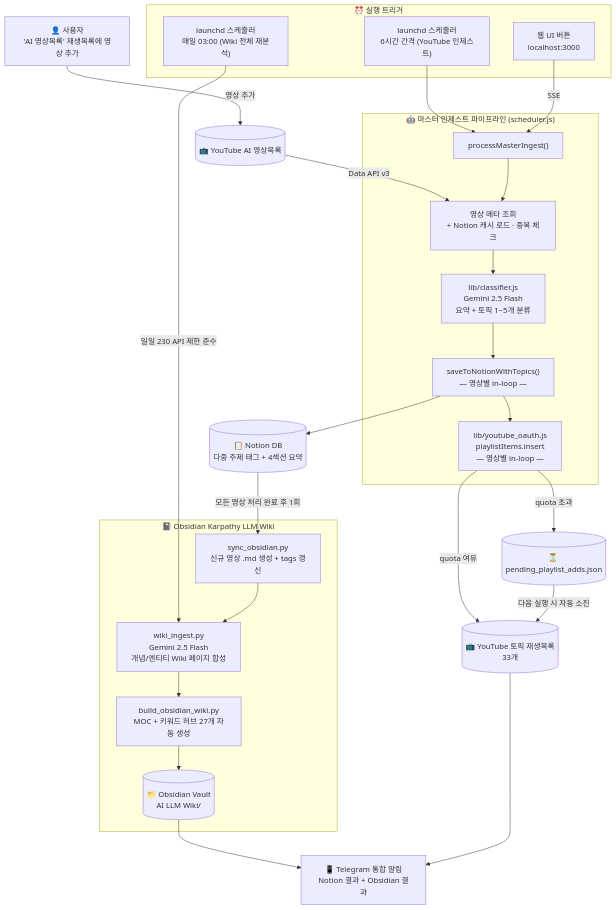
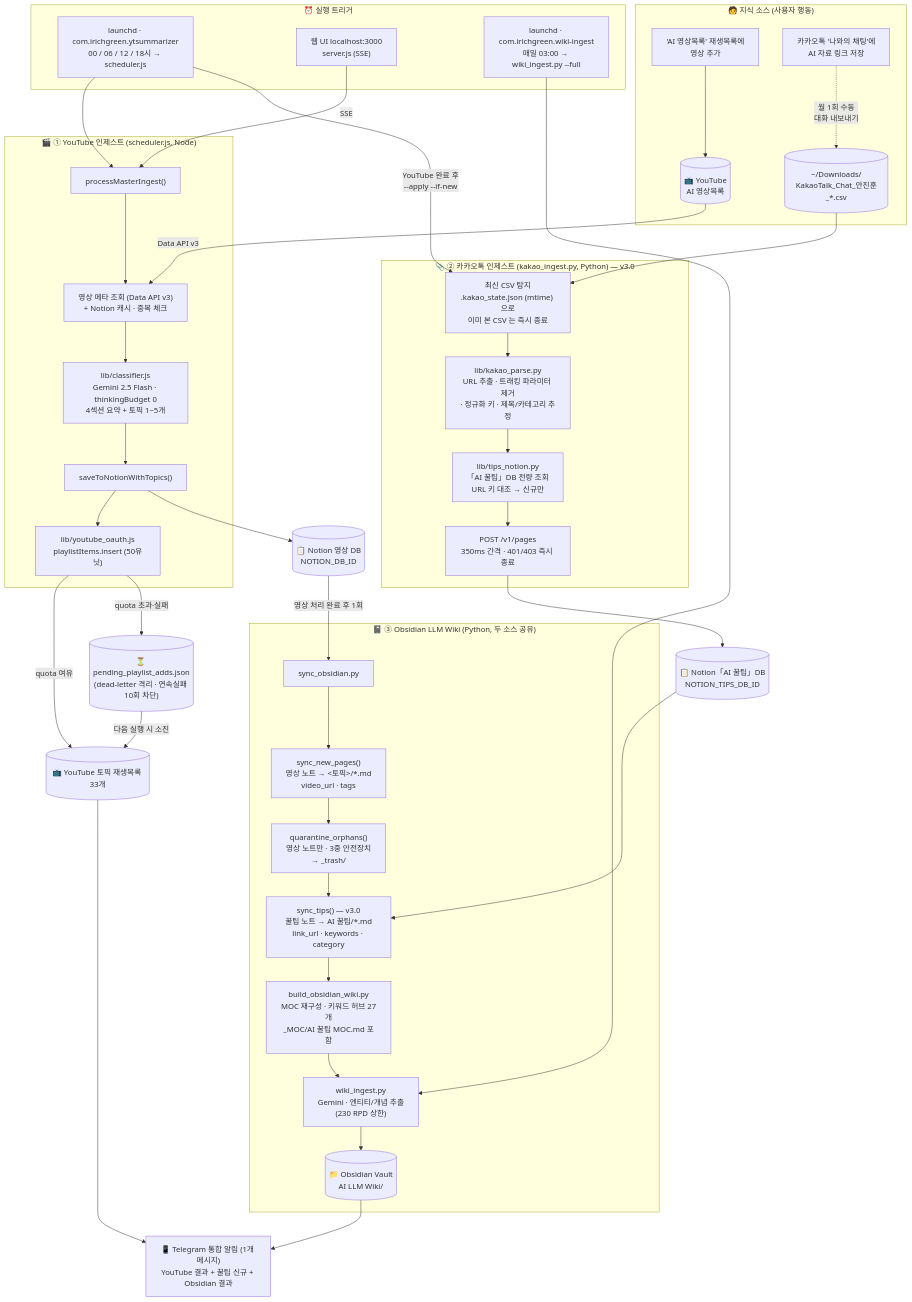
One commit to iRG-AI/YouTube_Notion_Grab changed the diagram in README.md. Above: the diagram before and after it, drawn with Mermaid. The commit also changed other lines of this file and 10 other files, not shown here.

First line of the commit message:
v3.0: 카카오톡 → Notion「AI 꿀팁」→ Obsidian 통합, scheduler 훅

````diff
--- a/README.md
+++ b/README.md
@@ -32,47 +39,61 @@
 ```mermaid
 flowchart TD
-    USER["👤 사용자\n'AI 영상목록' 재생목록에 영상 추가"]
-    MASTER[("📺 YouTube AI 영상목록")]
-    USER -->|영상 추가| MASTER
+    subgraph SRC["🧑 지식 소스 (사용자 행동)"]
+        U1["'AI 영상목록' 재생목록에\n영상 추가"]
+        U2["카카오톡 '나와의 채팅'에\nAI 자료 링크 저장"]
+        U2 -.->|"월 1회 수동\n대화 내보내기"| CSV[("~/Downloads/\nKakaoTalk_Chat_안진훈_*.csv")]
+        U1 --> MASTER[("📺 YouTube\nAI 영상목록")]
+    end
 
     subgraph TRIGGER["⏰ 실행 트리거"]
-        SCHED["launchd 스케줄러\n6시간 간격 (YouTube 인제스트)"]
-        WEBUI["웹 UI 버튼\nlocalhost:3000"]
-        WIKI_SCHED["launchd 스케줄러\n매일 03:00 (Wiki 전체 재분석)"]
+        SCHED["launchd · com.irichgreen.ytsummarizer\n00 / 06 / 12 / 18시 → scheduler.js"]
+        WEBUI["웹 UI localhost:3000\nserver.js (SSE)"]
+        WIKI_SCHED["launchd · com.irichgreen.wiki-ingest\n매일 03:00 → wiki_ingest.py --full"]
     end
 
     SCHED --> ENTRY
     WEBUI -->|SSE| ENTRY
+
+    subgraph YT["🎬 ① YouTube 인제스트 (scheduler.js, Node)"]
+        ENTRY["processMasterIngest()"]
+        FETCH["영상 메타 조회 (Data API v3)\n+ Notion 캐시 · 중복 체크"]
+        GEMINI["lib/classifier.js\nGemini 2.5 Flash · thinkingBudget 0\n4섹션 요약 + 토픽 1~5개"]
+        NSAVE["saveToNotionWithTopics()"]
+        YSAVE["lib/youtube_oauth.js\nplaylistItems.insert (50유닛)"]
+        ENTRY --> FETCH --> GEMINI --> NSAVE --> YSAVE
+    end
     MASTER -->|Data API v3| FETCH
 
-    subgraph PIPELINE["🤖 마스터 인제스트 파이프라인 (scheduler.js)"]
-        ENTRY["processMasterIngest()"]
-        FETCH["영상 메타 조회\n+ Notion 캐시 로드 · 중복 체크"]
-        GEMINI["lib/classifier.js\nGemini 2.5 Flash\n요약 + 토픽 1~5개 분류"]
-        NSAVE["saveToNotionWithTopics()\n— 영상별 in-loop —"]
-        YSAVE["lib/youtube_oauth.js\nplaylistItems.insert\n— 영상별 in-loop —"]
-        ENTRY --> FETCH --> GEMINI --> NSAVE --> YSAVE
+    subgraph KK["📎 ② 카카오톡 인제스트 (kakao_ingest.py, Python) — v3.0"]
+        KFIND["최신 CSV 탐지\n.kakao_state.json (mtime) 으로\n이미 본 CSV 는 즉시 종료"]
+        KPARSE["lib/kakao_parse.py\nURL 추출 · 트래킹 파라미터 제거\n· 정규화 키 · 제목/카테고리 추정"]
+        KDEDUP["lib/tips_notion.py\n「AI 꿀팁」DB 전량 조회\nURL 키 대조 → 신규만"]
+        KPUSH["POST /v1/pages\n350ms 간격 · 401/403 즉시 종료"]
+        KFIND --> KPARSE --> KDEDUP --> KPUSH
     end
+    CSV --> KFIND
+    SCHED -->|"YouTube 완료 후\n--apply --if-new"| KFIND
 
-    NSAVE --> NOTION[("📋 Notion DB\n다중 주제 태그 + 4섹션 요약")]
-    YSAVE -->|"quota 여유"| YT_PL[("📺 YouTube 토픽 재생목록\n33개")]
-    YSAVE -->|"quota 초과"| PENDING[("⏳ pending_playlist_adds.json")]
-    PENDING -->|"다음 실행 시 자동 소진"| YT_PL
+    NSAVE --> NOTION_V[("📋 Notion 영상 DB\nNOTION_DB_ID")]
+    KPUSH --> NOTION_T[("📋 Notion「AI 꿀팁」DB\nNOTION_TIPS_DB_ID")]
+    YSAVE -->|"quota 여유"| YT_PL[("📺 YouTube 토픽 재생목록 33개")]
+    YSAVE -->|"quota 초과·실패"| PENDING[("⏳ pending_playlist_adds.json\n(dead-letter 격리 · 연속실패 10회 차단)")]
+    PENDING -->|"다음 실행 시 소진"| YT_PL
 
-    NOTION -->|"모든 영상 처리 완료 후 1회"| SYNC
-    WIKI_SCHED -->|"일일 230 API 제한 준수"| WIKI_INGEST
+    subgraph OBS["📓 ③ Obsidian LLM Wiki (Python, 두 소스 공유)"]
+        SYNC["sync_obsidian.py"]
+        SYNC_V["sync_new_pages()\n영상 노트 → <토픽>/*.md\nvideo_url · tags"]
+        SYNC_T["sync_tips() — v3.0\n꿀팁 노트 → AI 꿀팁/*.md\nlink_url · keywords · category"]
+        ORPHAN["quarantine_orphans()\n영상 노트만 · 3중 안전장치\n→ _trash/"]
+        WIKI_INGEST["wiki_ingest.py\nGemini · 엔티티/개념 추출\n(230 RPD 상한)"]
+        BUILD["build_obsidian_wiki.py\nMOC 재구성 · 키워드 허브 27개\n_MOC/AI 꿀팁 MOC.md 포함"]
+        VAULT[("📁 Obsidian Vault\nAI LLM Wiki/")]
+        SYNC --> SYNC_V --> ORPHAN --> SYNC_T --> BUILD --> WIKI_INGEST --> VAULT
+    end
+    NOTION_V -->|"영상 처리 완료 후 1회"| SYNC
+    NOTION_T --> SYNC_T
+    WIKI_SCHED --> WIKI_INGEST
 
-    subgraph OBS["📓 Obsidian Karpathy LLM Wiki"]
-        SYNC["sync_obsidian.py\n신규 영상 .md 생성 + tags 갱신"]
-        WIKI_INGEST["wiki_ingest.py\nGemini 2.5 Flash\n개념/엔티티 Wiki 페이지 합성"]
-        BUILD["build_obsidian_wiki.py\nMOC + 키워드 허브 27개 자동 생성"]
-        VAULT[("📁 Obsidian Vault\nAI LLM Wiki/")]
-        
-        SYNC --> WIKI_INGEST
-        WIKI_INGEST --> BUILD
-        BUILD --> VAULT
-    end
-
-    VAULT --> TG["📱 Telegram 통합 알림\nNotion 결과 + Obsidian 결과"]
+    VAULT --> TG["📱 Telegram 통합 알림 (1개 메시지)\nYouTube 결과 + 꿀팁 신규 + Obsidian 결과"]
     YT_PL --> TG
 ```
````
